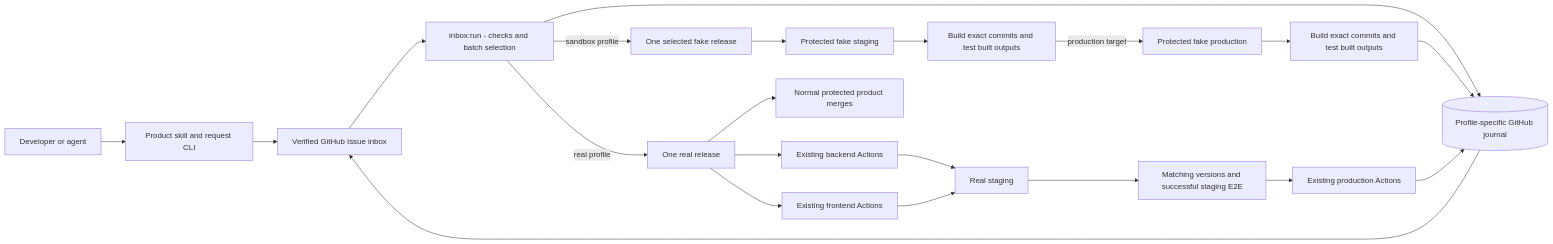
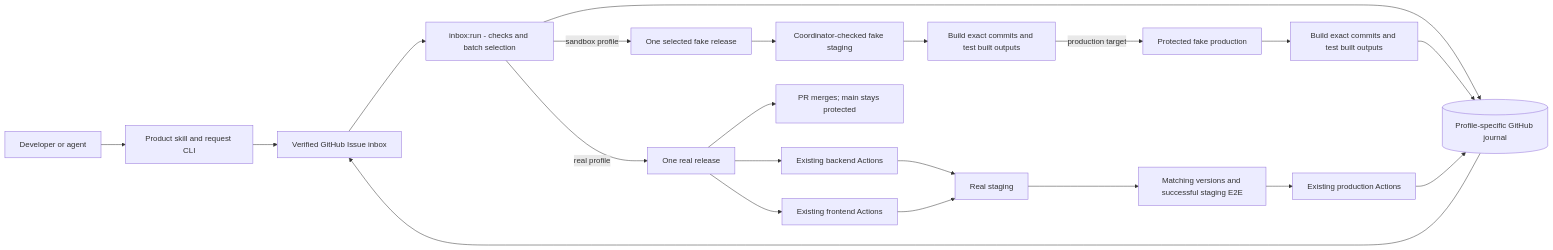
Before and after one commit to 6529-Collections/6529-release-coordinator: the second of 2 diagrams in docs/design.md, drawn with Mermaid. The commit also changed other lines of this file, not shown here.

Commit message:
Clarify staging policy in design guide

````diff
--- a/docs/design.md
+++ b/docs/design.md
@@ -580,23 +581,23 @@
 ```mermaid
 flowchart LR
     U[Developer or agent] --> CLI[Product skill and request CLI]
     CLI --> INBOX[Verified GitHub Issue inbox]
     INBOX --> IP[inbox:run - checks and batch selection]
     IP --> J[(Profile-specific GitHub journal)]
     IP -->|sandbox profile| SW[One selected fake release]
-    SW --> SSTG[Protected fake staging]
+    SW --> SSTG[Coordinator-checked fake staging]
     SSTG --> SE2E[Build exact commits and test built outputs]
     SE2E -->|production target| SPROD[Protected fake production]
     SPROD --> PE2E[Build exact commits and test built outputs]
     PE2E --> J
     IP -->|real profile| W[One real release]
-    W --> GH[Normal protected product merges]
+    W --> GH[PR merges; main stays protected]
     W --> BE[Existing backend Actions]
     W --> FE[Existing frontend Actions]
     BE --> STG[Real staging]
     FE --> STG
     STG --> E2E[Matching versions and successful staging E2E]
     E2E --> PROD[Existing production Actions]
     PROD --> J
     J --> INBOX
 ```
````
